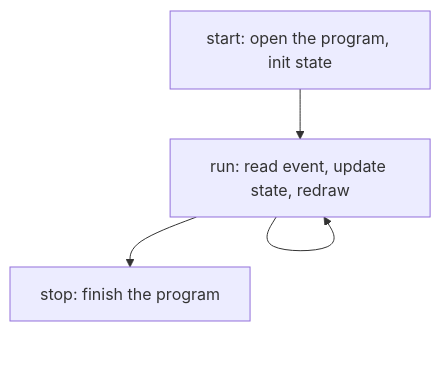
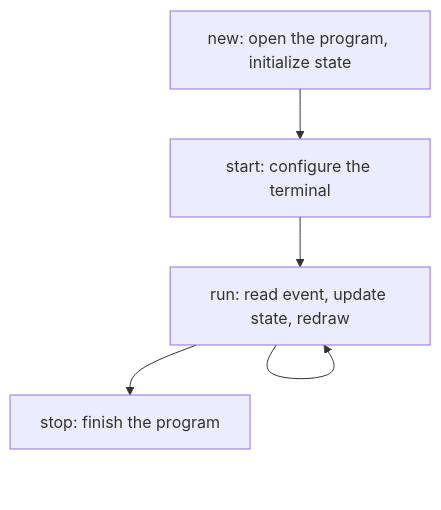
One commit to aymanbagabas/uncurses changed the diagram in website/content/docs/getting-started/first-app.md. Above: the diagram before and after it, drawn with Mermaid. The commit also changed 2 other files, not shown here.

Commit message:
docs: align ownership references and app lifecycle diagram

````diff
--- a/website/content/docs/getting-started/first-app.md
+++ b/website/content/docs/getting-started/first-app.md
@@ -16,7 +16,8 @@
 ```mermaid
 flowchart TB
-  begin["start: open the program, init state"]
-  begin --> eventloop["run: read event, update state, redraw"]
+  begin["new: open the program, initialize state"]
+  begin --> setup["start: configure the terminal"]
+  setup --> eventloop["run: read event, update state, redraw"]
   eventloop --> eventloop
   eventloop --> teardown["stop: finish the program"]
 ```
````
